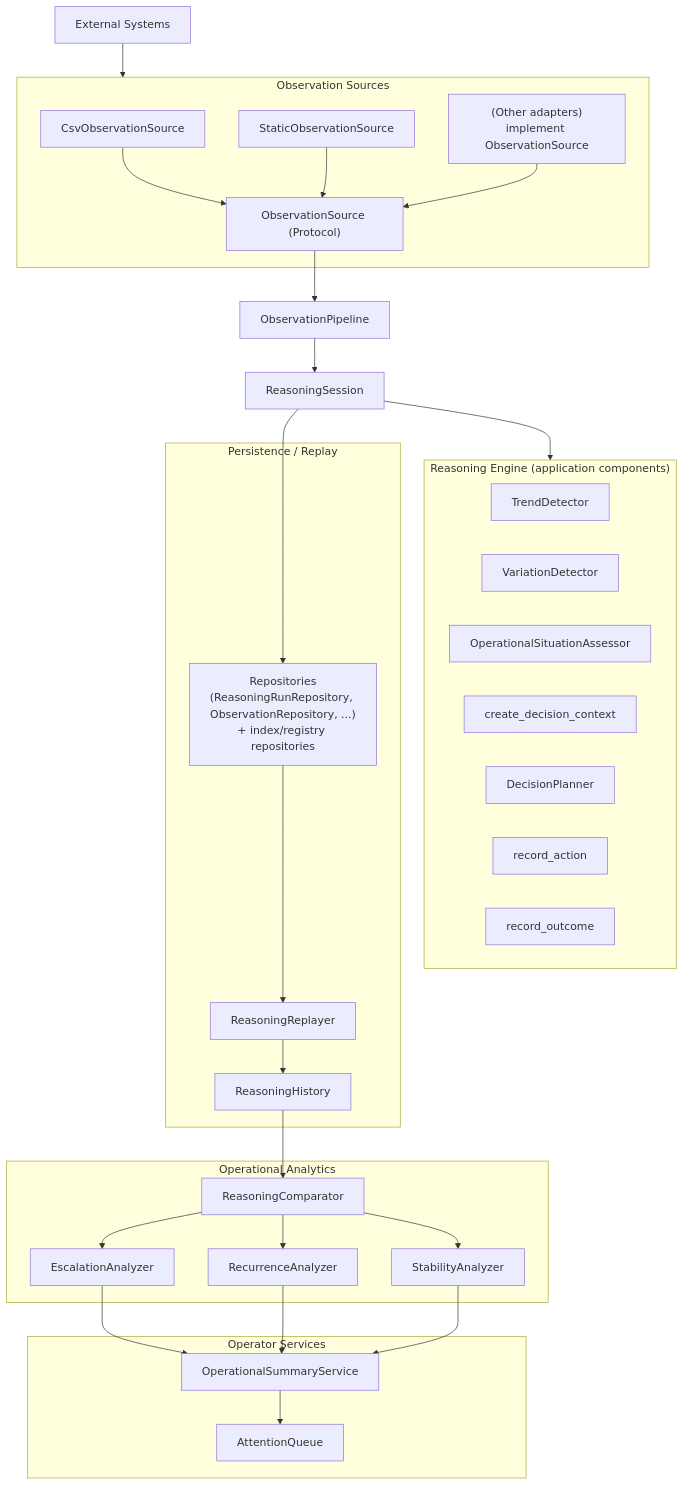
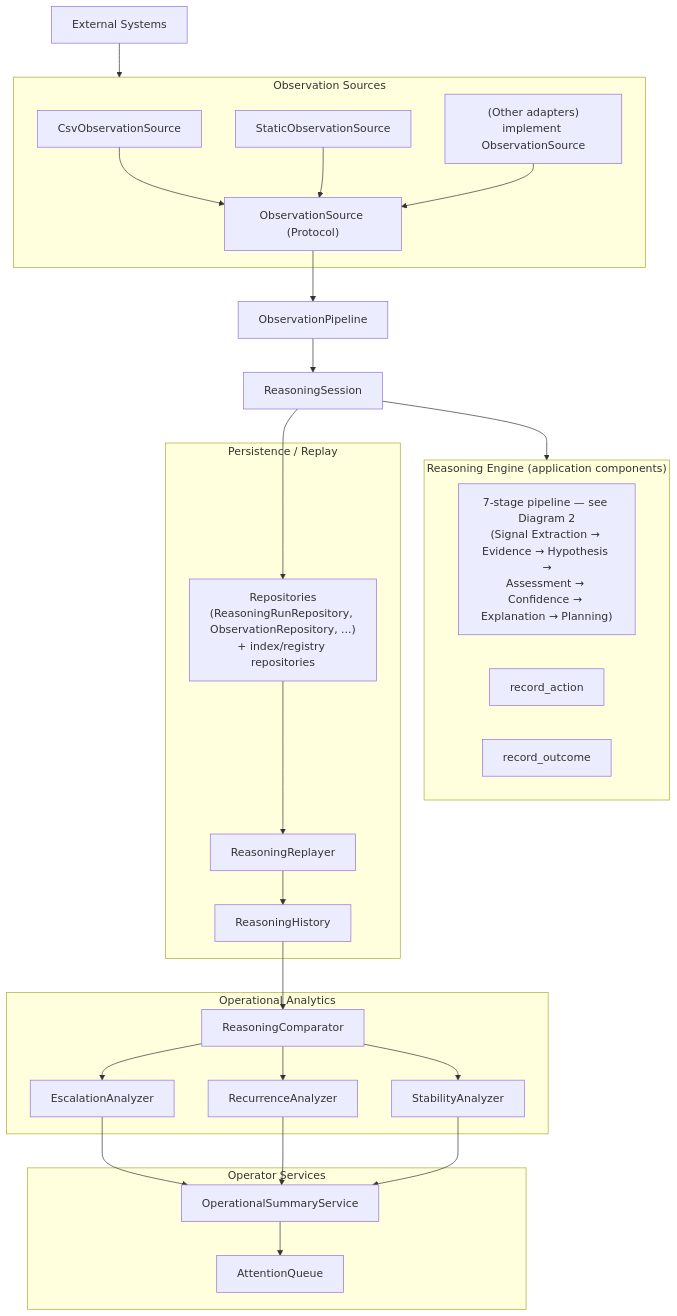
The first of 4 diagrams in docs/architecture-diagrams.md (Saim-naushad/Odis), drawn with Mermaid before and after one commit. The commit also changed other lines of this file and 11 other files, not shown here.

Commit message:
docs: align architecture and platform documentation with v1.0 implementation

````diff
--- a/docs/architecture-diagrams.md
+++ b/docs/architecture-diagrams.md
@@ -7,61 +7,57 @@
 ```mermaid
 flowchart TB
     external["External Systems"]
 
     subgraph sources["Observation Sources"]
         csv["CsvObservationSource"]
         static["StaticObservationSource"]
         other["(Other adapters)\nimplement ObservationSource"]
         protocol["ObservationSource (Protocol)"]
         csv --> protocol
         static --> protocol
         other --> protocol
     end
 
     pipeline["ObservationPipeline"]
     session["ReasoningSession"]
 
     subgraph engine["Reasoning Engine (application components)"]
-        trend["TrendDetector"]
-        variation["VariationDetector"]
-        assessor["OperationalSituationAssessor"]
-        ctx["create_decision_context"]
-        planner["DecisionPlanner"]
+        stages["7-stage pipeline — see Diagram 2\n(Signal Extraction → Evidence → Hypothesis →\nAssessment → Confidence → Explanation → Planning)"]
         action["record_action"]
         outcome["record_outcome"]
     end
 
     subgraph persistence["Persistence / Replay"]
         repos["Repositories\n(ReasoningRunRepository, ObservationRepository, ...)\n+ index/registry repositories"]
         replayer["ReasoningReplayer"]
         history["ReasoningHistory"]
     end
 
     subgraph analytics["Operational Analytics"]
         comparator["ReasoningComparator"]
         escalation["EscalationAnalyzer"]
         recurrence["RecurrenceAnalyzer"]
         stability["StabilityAnalyzer"]
     end
 
     subgraph operator["Operator Services"]
         summary["OperationalSummaryService"]
         queue["AttentionQueue"]
     end
 
     external --> sources
     protocol --> pipeline --> session --> engine
 
     session --> repos
     repos --> replayer --> history
 
     history --> comparator
     comparator --> escalation
     comparator --> recurrence
     comparator --> stability
 
     escalation --> summary
     recurrence --> summary
     stability --> summary
     summary --> queue
 ```
````
